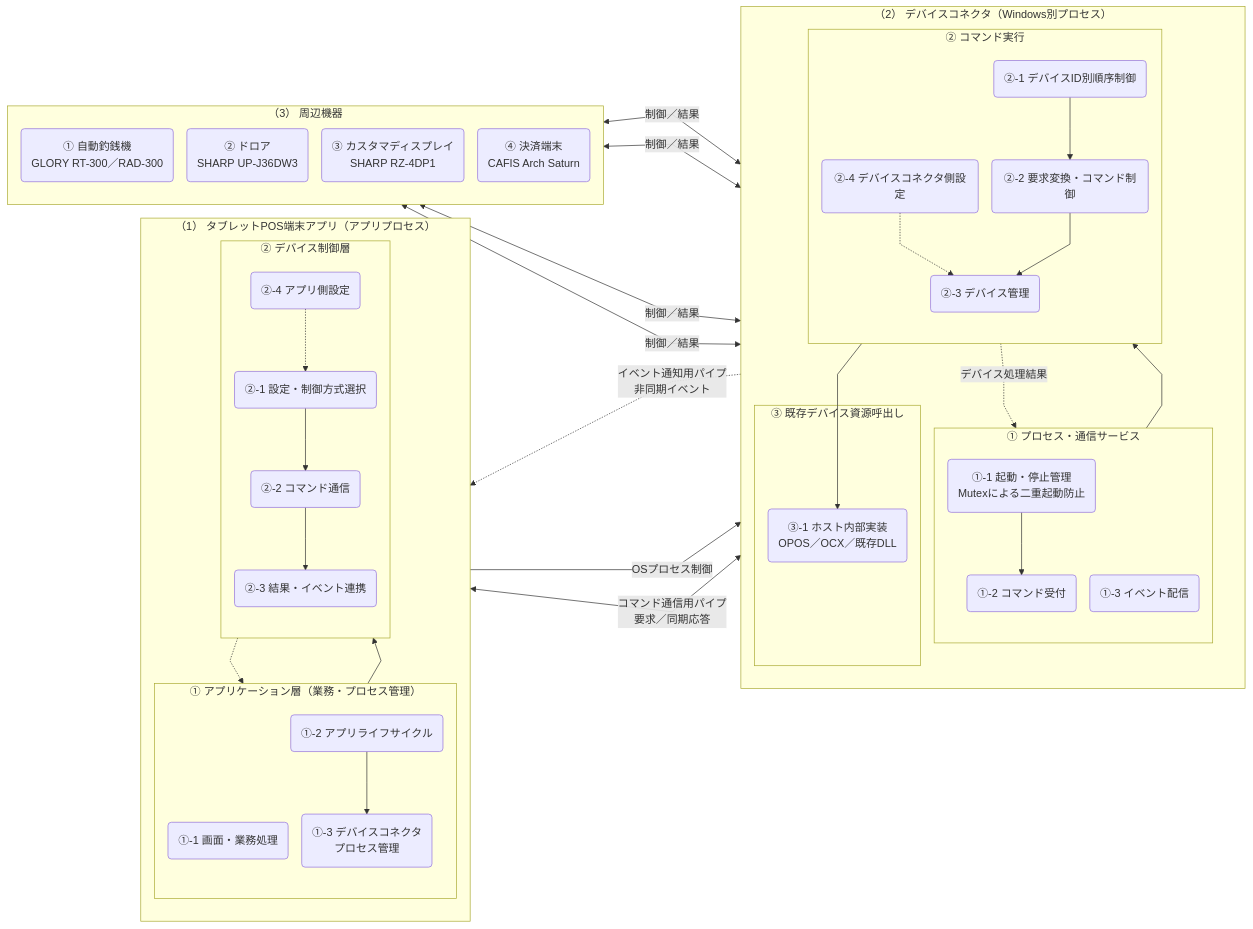
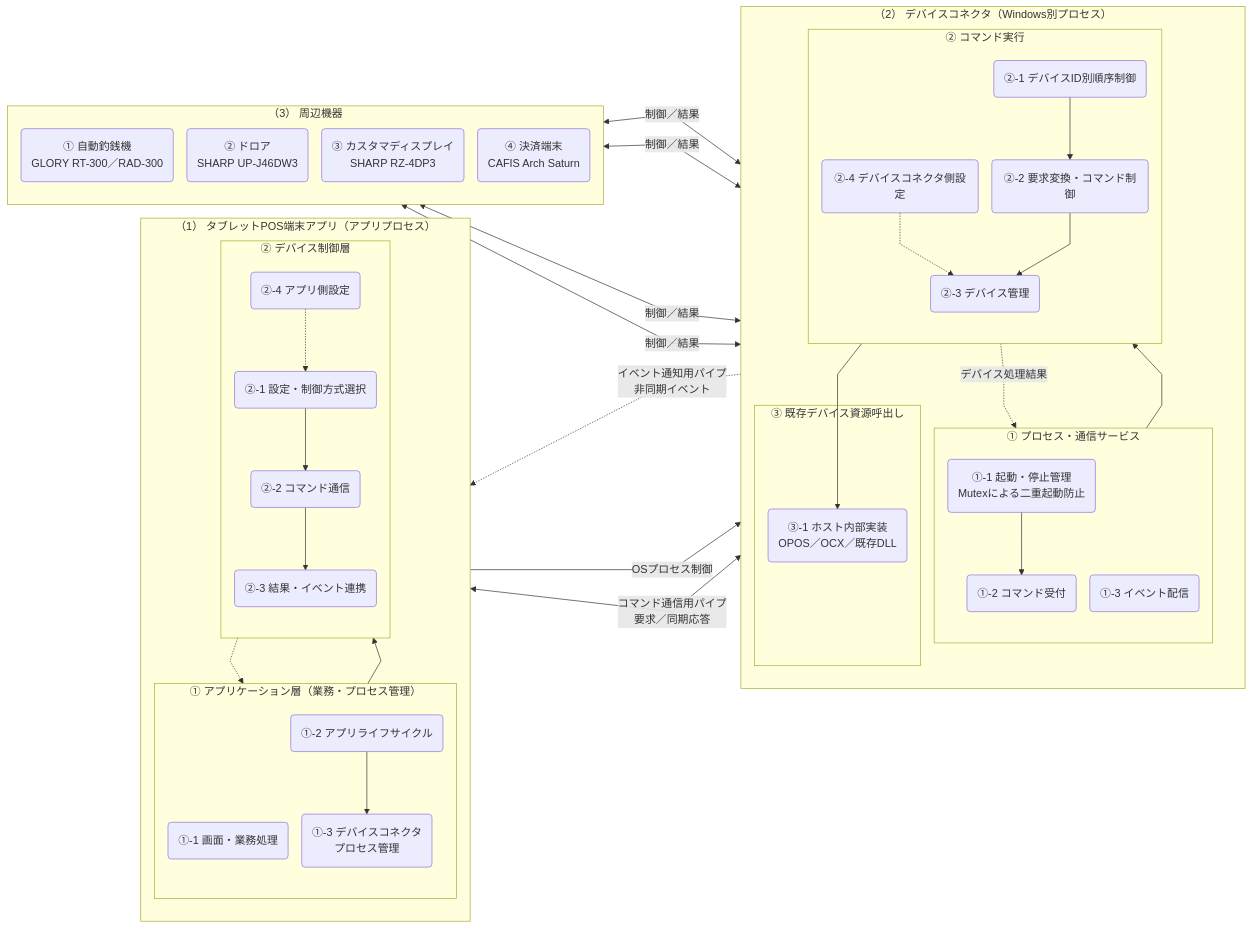
The second of 3 diagrams in artifacts/reports/architecture/ARCH-HOST-01_タブレットPOS_デバイスコネクタ基本設計書/ARCH-HOST-01_タブレットPOS_デバイスコネクタ基本設計書.md (vti-sam/smj-ks-pos-stored), drawn with Mermaid before and after one commit. The commit also changed other lines of this file and 20 other files, not shown here.

```diff
--- a/artifacts/reports/architecture/ARCH-HOST-01_タブレットPOS_デバイスコネクタ基本設計書/ARCH-HOST-01_タブレットPOS_デバイスコネクタ基本設計書.md
+++ b/artifacts/reports/architecture/ARCH-HOST-01_タブレットPOS_デバイスコネクタ基本設計書/ARCH-HOST-01_タブレットPOS_デバイスコネクタ基本設計書.md
@@ -328,8 +329,8 @@
     subgraph DEVICE["（3） 周辺機器"]
         direction TB
         CASH("① 自動釣銭機<br/>GLORY RT-300／RAD-300")
-        DRAWER("② ドロア<br/>SHARP UP-J36DW3")
-        DISPLAY("③ カスタマディスプレイ<br/>SHARP RZ-4DP1")
+        DRAWER("② ドロア<br/>SHARP UP-J46DW3")
+        DISPLAY("③ カスタマディスプレイ<br/>SHARP RZ-4DP3")
         PAYMENT("④ 決済端末<br/>CAFIS Arch Saturn")
     end
 
```
